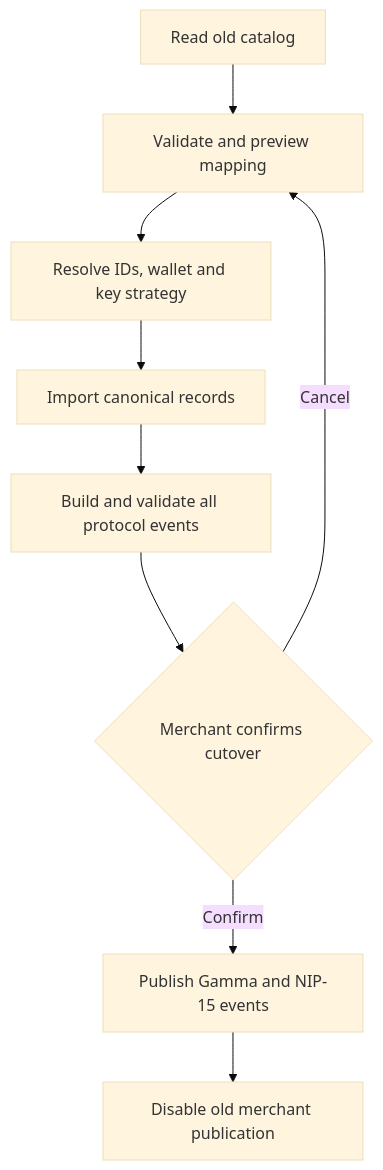
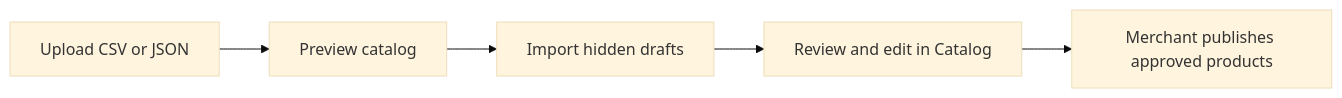
Before and after one commit to bitkarrot/infinitemarkets: the ninth of 10 diagrams in docs/architecture-proposal.md, drawn with Mermaid (base theme). The commit also changed other lines of this file and 32 other files, not shown here.

Commit message:
Align catalog import behavior and guidance with draft review

````diff
--- a/docs/architecture-proposal.md
+++ b/docs/architecture-proposal.md
@@ -1224,15 +1215,7 @@
 ```mermaid
-flowchart TB
-    Export[Read old catalog]
-    Preview[Validate and preview mapping]
-    Resolve[Resolve IDs, wallet and key strategy]
-    Import[Import canonical records]
-    DryRun[Build and validate all protocol events]
-    Cutover{Merchant confirms cutover}
-    Publish[Publish Gamma and NIP-15 events]
-    Disable[Disable old merchant publication]
-
-    Export --> Preview --> Resolve --> Import --> DryRun --> Cutover
-    Cutover -->|Confirm| Publish --> Disable
-    Cutover -->|Cancel| Preview
+flowchart LR
+    File[Upload CSV or JSON] --> Preview[Preview catalog]
+    Preview --> Import[Import hidden drafts]
+    Import --> Review[Review and edit in Catalog]
+    Review --> Publish[Merchant publishes approved products]
 ```
````
